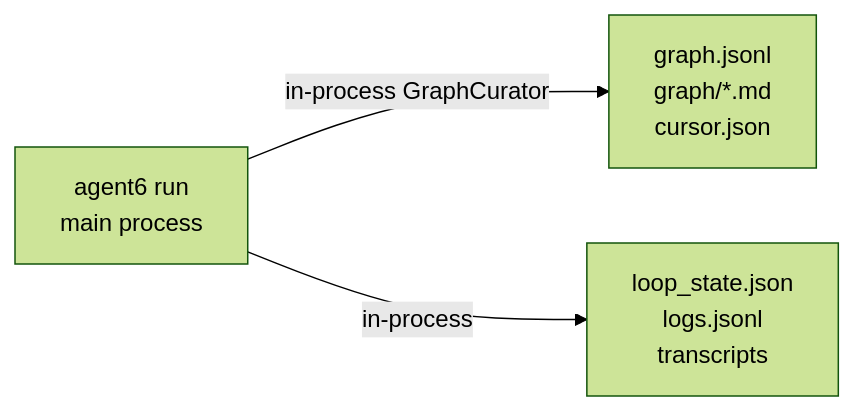
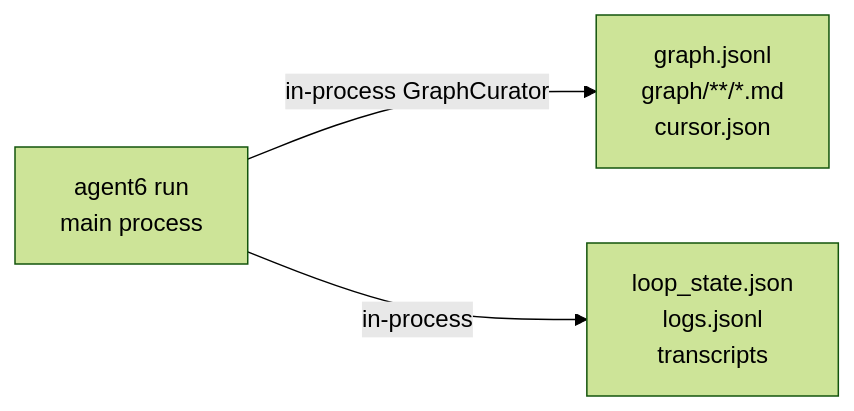
Before and after one commit to agent6-dev/agent6: the sixth of 6 diagrams in docs/architecture.md, drawn with Mermaid (forest theme). The commit also changed other lines of this file and 2 other files, not shown here.

First line of the commit message:
docs(architecture): the page matches the source

````diff
--- a/docs/architecture.md
+++ b/docs/architecture.md
@@ -293,5 +300,5 @@
 ```mermaid
 flowchart LR
-    Agent["agent6 run<br/>main process"] -->|in-process GraphCurator| Graph["graph.jsonl<br/>graph/*.md<br/>cursor.json"]
+    Agent["agent6 run<br/>main process"] -->|in-process GraphCurator| Graph["graph.jsonl<br/>graph/**/*.md<br/>cursor.json"]
     Agent -->|in-process| Rest["loop_state.json<br/>logs.jsonl<br/>transcripts"]
 ```
````
